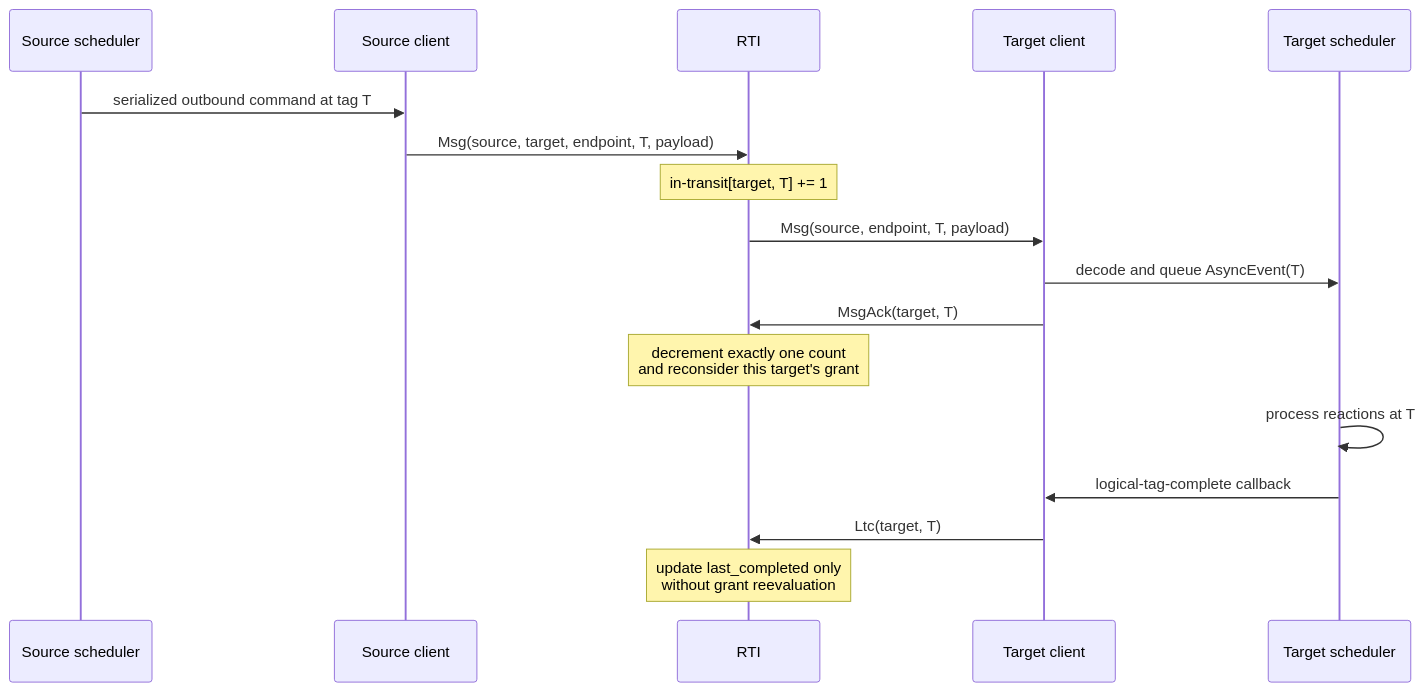
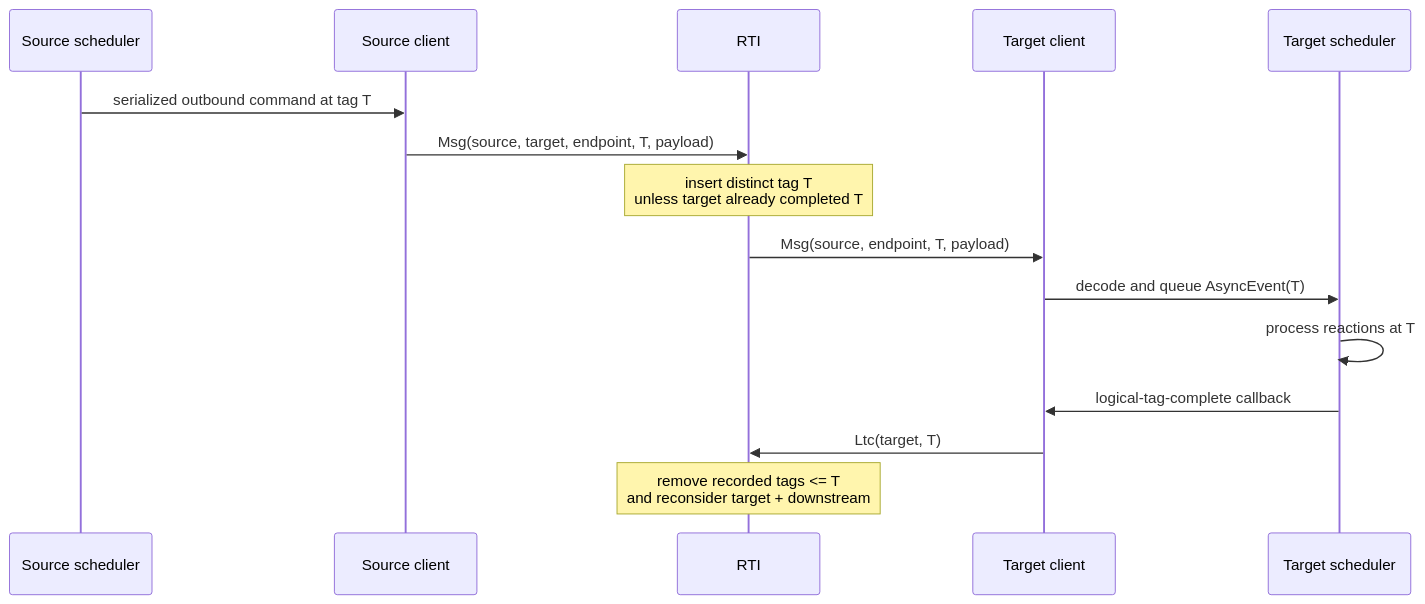
One commit to jondo2010/boomerang changed the third of 4 diagrams in docs/federated-protocol.md. Above: the diagram before and after it, drawn with Mermaid. The commit also changed other lines of this file and 1 other file, not shown here.

````diff
--- a/docs/federated-protocol.md
+++ b/docs/federated-protocol.md
@@ -143,20 +180,18 @@
 ```mermaid
 sequenceDiagram
     participant SS as Source scheduler
     participant SC as Source client
     participant R as RTI
     participant TC as Target client
     participant TS as Target scheduler
 
     SS->>SC: serialized outbound command at tag T
     SC->>R: Msg(source, target, endpoint, T, payload)
-    Note over R: in-transit[target, T] += 1
+    Note over R: insert distinct tag T<br/>unless target already completed T
     R->>TC: Msg(source, endpoint, T, payload)
     TC->>TS: decode and queue AsyncEvent(T)
-    TC->>R: MsgAck(target, T)
-    Note over R: decrement exactly one count<br/>and reconsider this target's grant
     TS->>TS: process reactions at T
     TS->>TC: logical-tag-complete callback
     TC->>R: Ltc(target, T)
-    Note over R: update last_completed only<br/>without grant reevaluation
+    Note over R: remove recorded tags <= T<br/>and reconsider target + downstream
 ```
````
